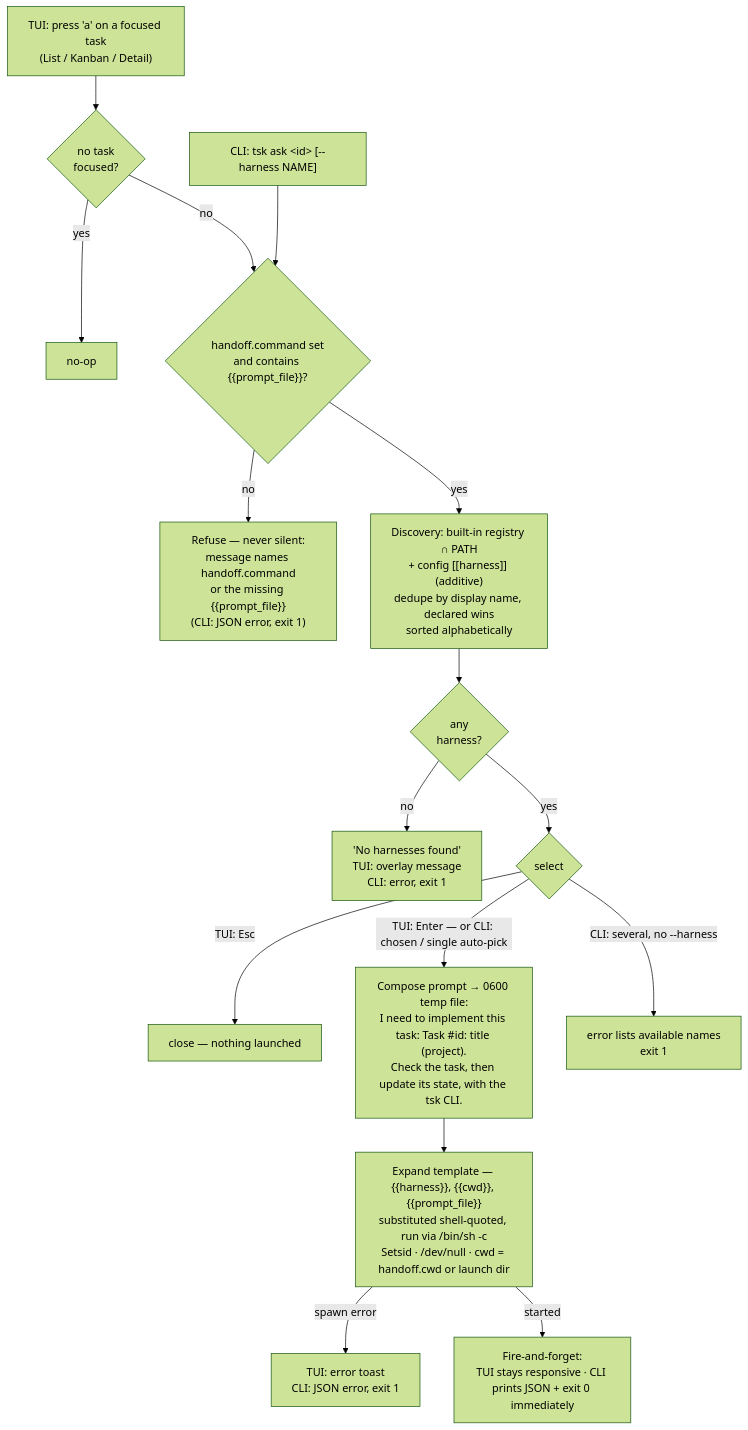
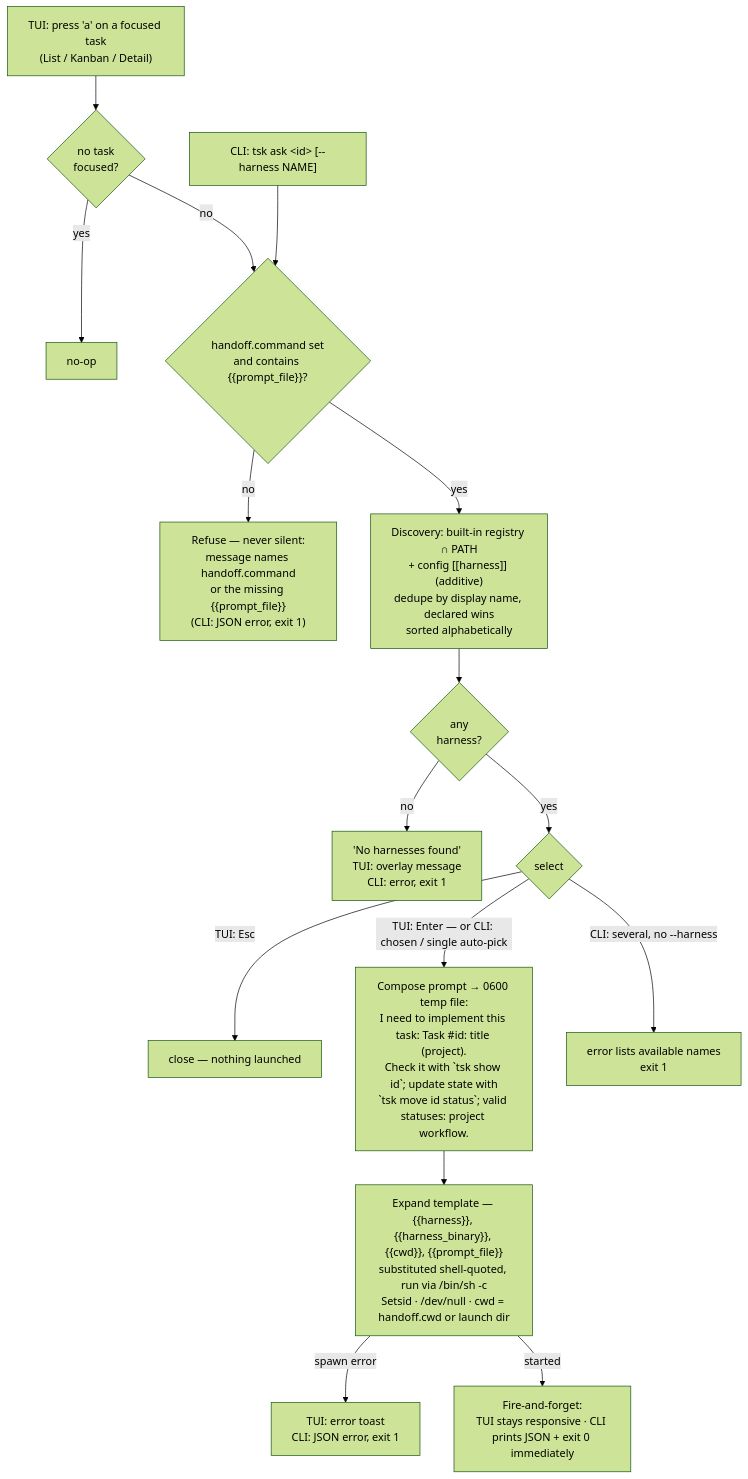
One commit to Sovengar/tsk changed the diagram in docs/planning/0001-feature-ask-ai-handoff/diagrams/feature-flow.md. Above: the diagram before and after it, drawn with Mermaid (forest theme). The commit also changed 14 other files, not shown here.

````diff
--- a/docs/planning/0001-feature-ask-ai-handoff/diagrams/feature-flow.md
+++ b/docs/planning/0001-feature-ask-ai-handoff/diagrams/feature-flow.md
@@ -7,24 +7,24 @@
 ```mermaid
 flowchart TD
     E1["TUI: press 'a' on a focused task<br/>(List / Kanban / Detail)"] --> NF{"no task<br/>focused?"}
     NF -->|yes| NOOP["no-op"]
     NF -->|no| GUARD
     E2["CLI: tsk ask &lt;id&gt; [--harness NAME]"] --> GUARD
 
     GUARD{"handoff.command set<br/>and contains {{prompt_file}}?"}
     GUARD -->|no| REFUSE["Refuse — never silent:<br/>message names handoff.command<br/>or the missing {{prompt_file}}<br/>(CLI: JSON error, exit 1)"]
     GUARD -->|yes| DISCOVER
 
     DISCOVER["Discovery: built-in registry &cap; PATH<br/>+ config [[harness]] (additive)<br/>dedupe by display name, declared wins<br/>sorted alphabetically"] --> ANY{"any<br/>harness?"}
     ANY -->|no| NONE["'No harnesses found'<br/>TUI: overlay message<br/>CLI: error, exit 1"]
     ANY -->|yes| SEL{"select"}
 
     SEL -->|"TUI: Esc"| CANCEL["close — nothing launched"]
     SEL -->|"TUI: Enter — or CLI: chosen / single auto-pick"| COMPOSE
     SEL -->|"CLI: several, no --harness"| AMBIG["error lists available names<br/>exit 1"]
 
-    COMPOSE["Compose prompt &rarr; 0600 temp file:<br/>I need to implement this task: Task #id: title (project).<br/>Check the task, then update its state, with the tsk CLI."]
-    COMPOSE --> EXEC["Expand template — {{harness}}, {{cwd}}, {{prompt_file}}<br/>substituted shell-quoted, run via /bin/sh -c<br/>Setsid &middot; /dev/null &middot; cwd = handoff.cwd or launch dir"]
+    COMPOSE["Compose prompt &rarr; 0600 temp file:<br/>I need to implement this task: Task #id: title (project).<br/>Check it with `tsk show id`; update state with<br/>`tsk move id status`; valid statuses: project workflow."]
+    COMPOSE --> EXEC["Expand template — {{harness}}, {{harness_binary}}, {{cwd}}, {{prompt_file}}<br/>substituted shell-quoted, run via /bin/sh -c<br/>Setsid &middot; /dev/null &middot; cwd = handoff.cwd or launch dir"]
     EXEC -->|"spawn error"| ERR["TUI: error toast<br/>CLI: JSON error, exit 1"]
     EXEC -->|"started"| DONE["Fire-and-forget:<br/>TUI stays responsive &middot; CLI prints JSON + exit 0 immediately"]
 ```
````
